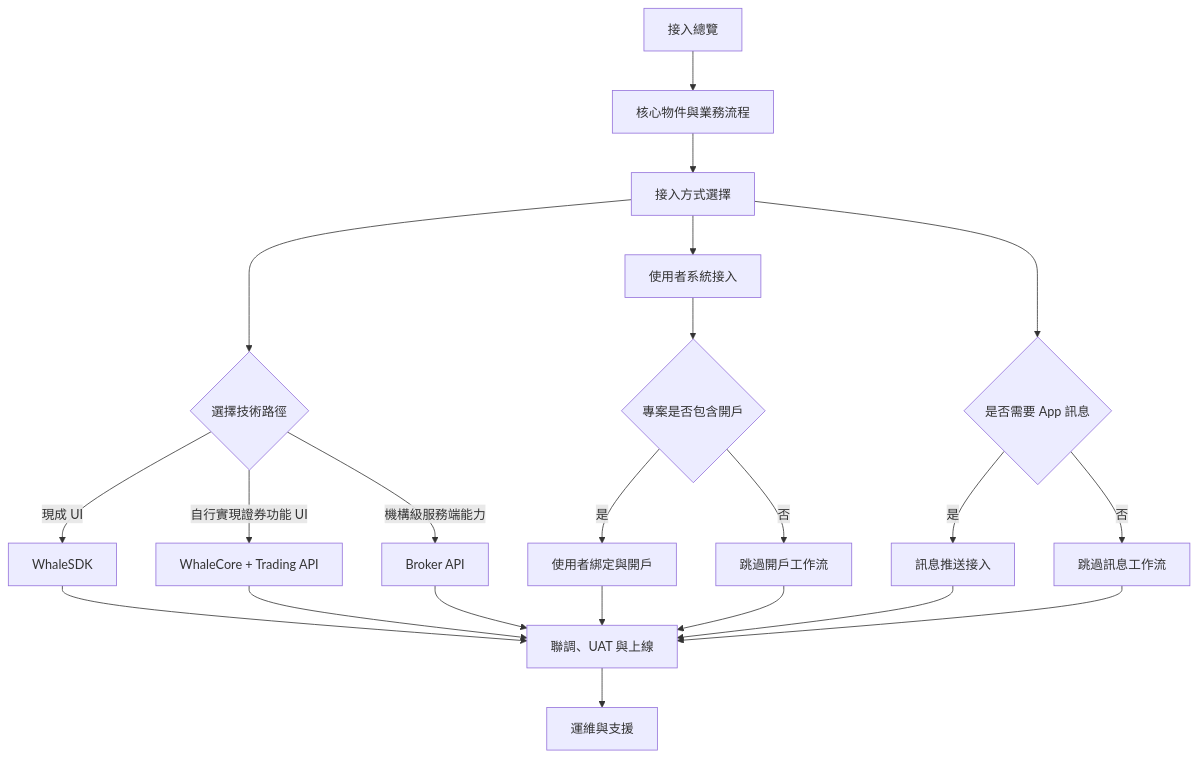
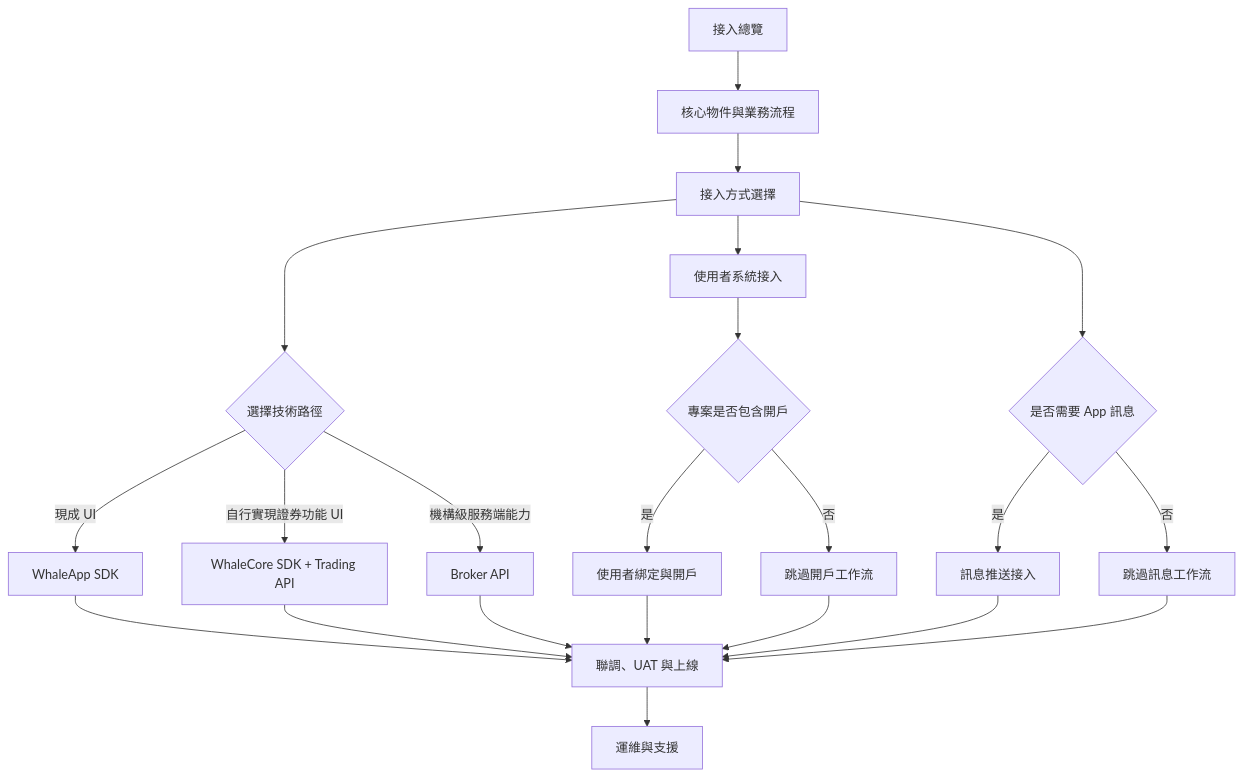
One commit to longbridge/whale-docs changed the first of 2 diagrams in zh-Hant/docs/broker-onboarding.mdx. Above: the diagram before and after it, drawn with Mermaid. The commit also changed other lines of this file and 50 other files, not shown here.

Commit message:
docs: define Whale SDK product hierarchy

````diff
--- a/zh-Hant/docs/broker-onboarding.mdx
+++ b/zh-Hant/docs/broker-onboarding.mdx
@@ -14,24 +14,24 @@
 ```mermaid
 flowchart TD
     A[接入總覽] --> B[核心物件與業務流程]
     B --> C[接入方式選擇]
     C --> D{選擇技術路徑}
-    D -->|現成 UI| E[WhaleSDK]
-    D -->|自行實現證券功能 UI| F[WhaleCore + Trading API]
+    D -->|現成 UI| E[WhaleApp SDK]
+    D -->|自行實現證券功能 UI| F[WhaleCore SDK + Trading API]
     D -->|機構級服務端能力| G[Broker API]
     C --> H[使用者系統接入]
     H --> I{專案是否包含開戶}
     I -->|是| J[使用者綁定與開戶]
     I -->|否| K[跳過開戶工作流]
     C --> L{是否需要 App 訊息}
     L -->|是| M[訊息推送接入]
     L -->|否| N[跳過訊息工作流]
     E --> O[聯調、UAT 與上線]
     F --> O
     G --> O
     J --> O
     K --> O
     M --> O
     N --> O
     O --> P[運維與支援]
 ```
````
